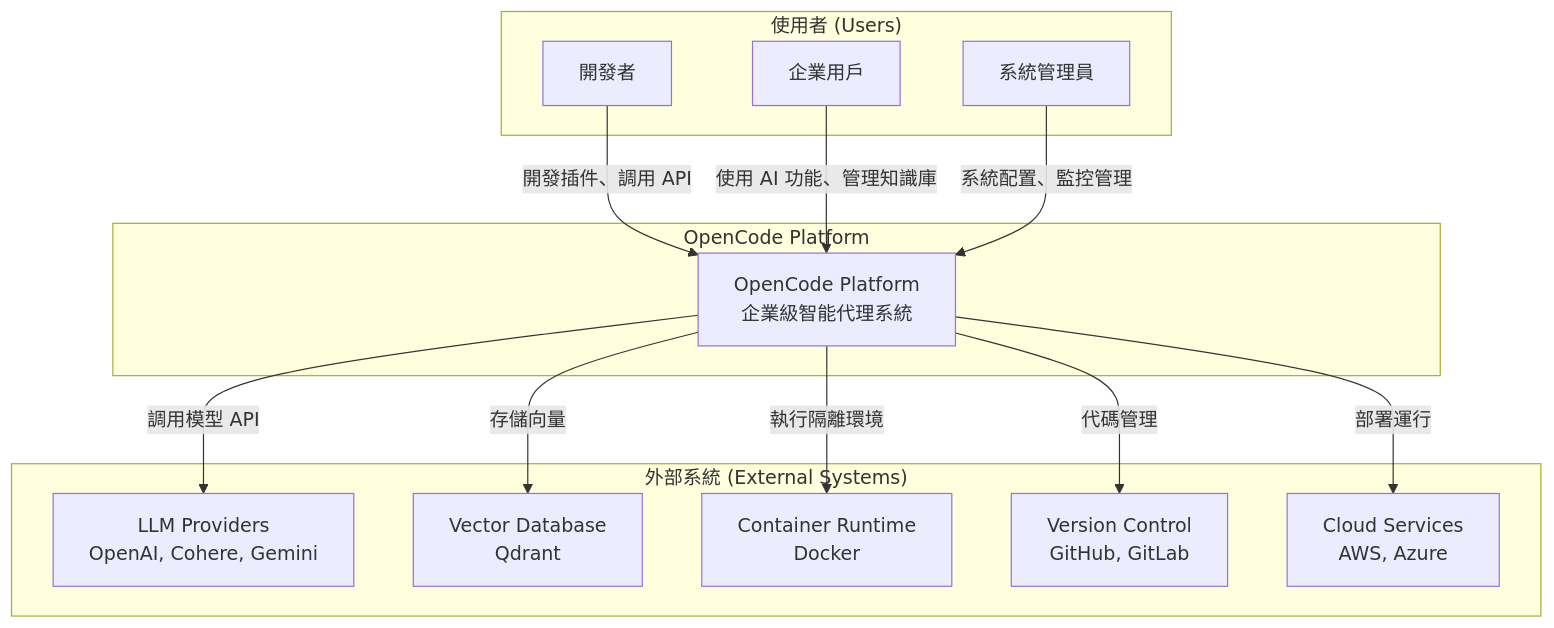
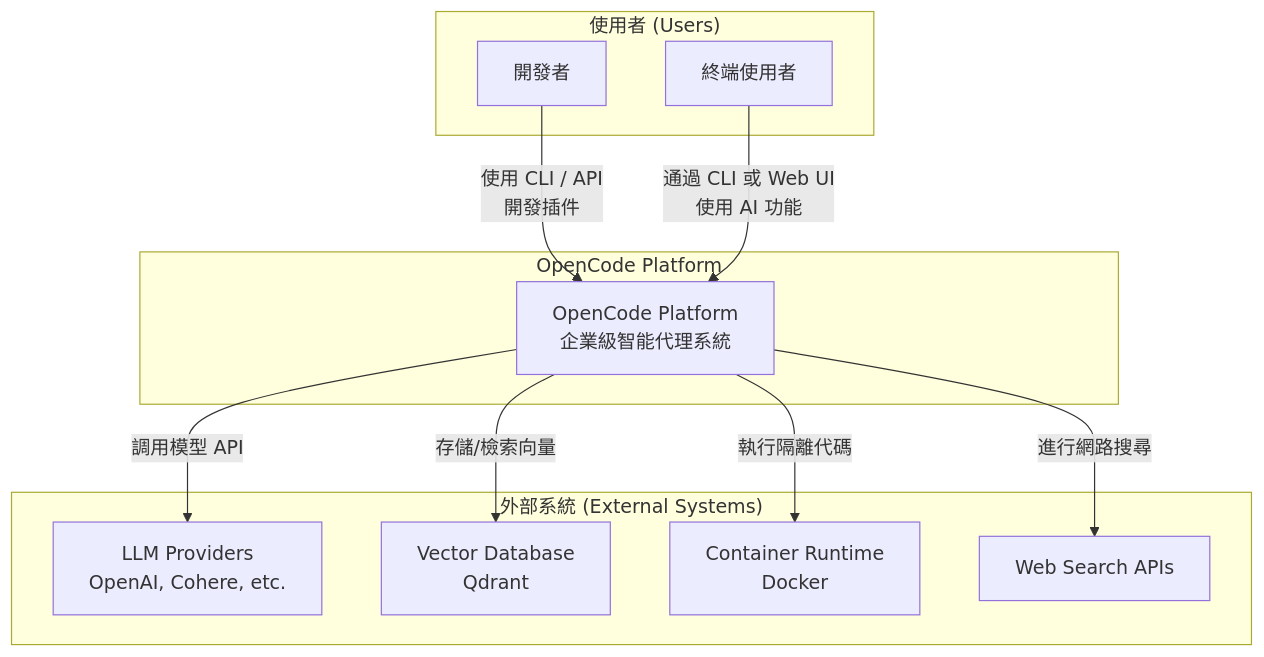
Before and after one commit to Zenobia000/openagent_backend: the first of 7 diagrams in Architecture_Refactoring_Toolkit/project_docs/06_architecture_and_design_document.md, drawn with Mermaid. The commit also changed other lines of this file and 5 other files, not shown here.

````diff
--- a/Architecture_Refactoring_Toolkit/project_docs/06_architecture_and_design_document.md
+++ b/Architecture_Refactoring_Toolkit/project_docs/06_architecture_and_design_document.md
@@ -38,30 +37,26 @@
 ```mermaid
 graph TB
     subgraph "使用者 (Users)"
         Developer[開發者]
-        Enterprise[企業用戶]
-        Admin[系統管理員]
+        EndUser[終端使用者]
     end
 
     subgraph "OpenCode Platform"
         OCP[OpenCode Platform<br/>企業級智能代理系統]
     end
 
     subgraph "外部系統 (External Systems)"
-        LLM[LLM Providers<br/>OpenAI, Cohere, Gemini]
+        LLM[LLM Providers<br/>OpenAI, Cohere, etc.]
         VectorDB[Vector Database<br/>Qdrant]
         Container[Container Runtime<br/>Docker]
-        Git[Version Control<br/>GitHub, GitLab]
-        Cloud[Cloud Services<br/>AWS, Azure]
+        WebSearch[Web Search APIs]
     end
 
-    Developer -->|開發插件、調用 API| OCP
-    Enterprise -->|使用 AI 功能、管理知識庫| OCP
-    Admin -->|系統配置、監控管理| OCP
+    Developer -->|使用 CLI / API<br>開發插件| OCP
+    EndUser -->|通過 CLI 或 Web UI<br>使用 AI 功能| OCP
 
     OCP -->|調用模型 API| LLM
-    OCP -->|存儲向量| VectorDB
-    OCP -->|執行隔離環境| Container
-    OCP -->|代碼管理| Git
-    OCP -->|部署運行| Cloud
+    OCP -->|存儲/檢索向量| VectorDB
+    OCP -->|執行隔離代碼| Container
+    OCP -->|進行網路搜尋| WebSearch
 ```
````
